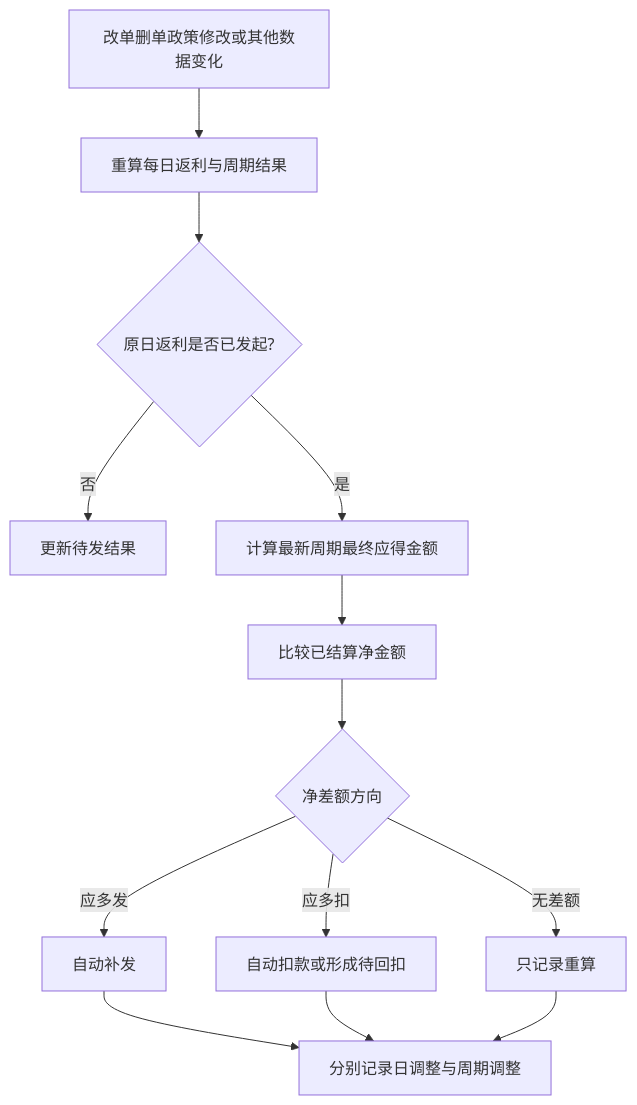
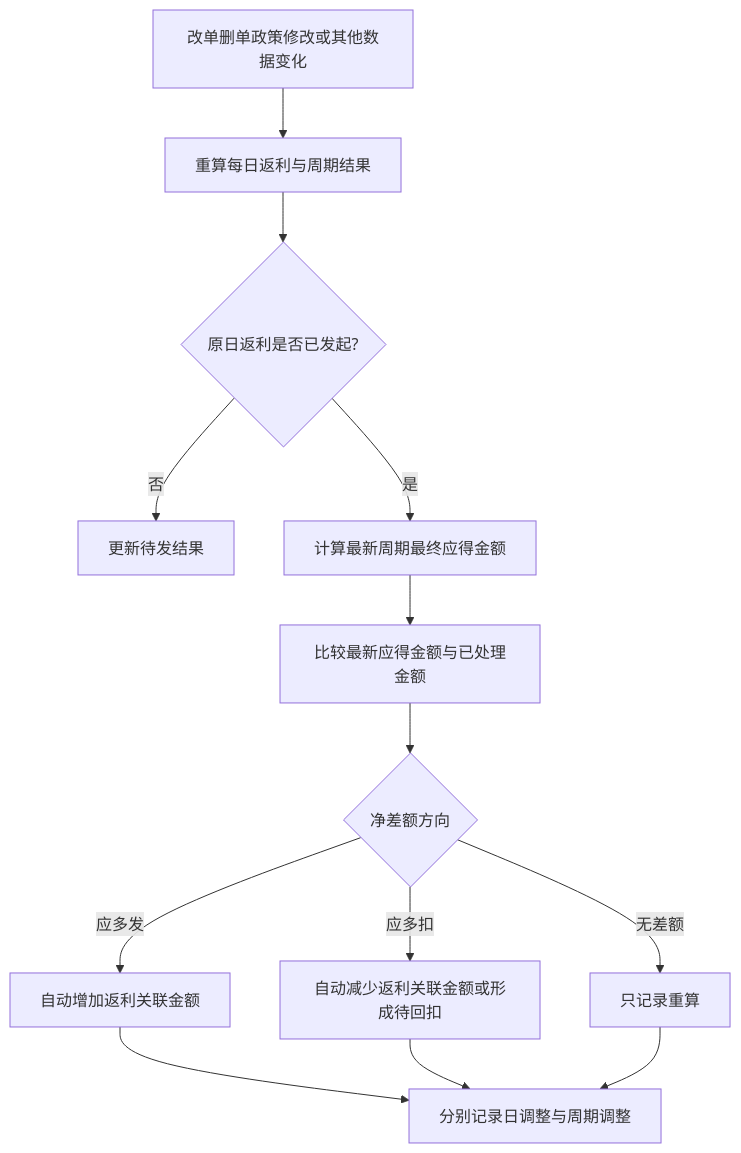
One commit to lichen-lc123/wangdianfanli changed the seventh of 8 diagrams in 03-产品设计/02-网点返利端到端业务流程图.md. Above: the diagram before and after it, drawn with Mermaid. The commit also changed other lines of this file and 22 other files, not shown here.

````diff
--- a/03-产品设计/02-网点返利端到端业务流程图.md
+++ b/03-产品设计/02-网点返利端到端业务流程图.md
@@ -129,15 +151,15 @@
 ```mermaid
 graph TD
     A[改单删单政策修改或其他数据变化] --> B[重算每日返利与周期结果]
     B --> C{原日返利是否已发起?}
     C -->|否| D[更新待发结果]
     C -->|是| E[计算最新周期最终应得金额]
-    E --> F[比较已结算净金额]
+    E --> F[比较最新应得金额与已处理金额]
     F --> G{净差额方向}
-    G -->|应多发| H[自动补发]
-    G -->|应多扣| I[自动扣款或形成待回扣]
+    G -->|应多发| H[自动增加返利关联金额]
+    G -->|应多扣| I[自动减少返利关联金额或形成待回扣]
     G -->|无差额| J[只记录重算]
     H --> K[分别记录日调整与周期调整]
     I --> K
     J --> K
 ```
````
